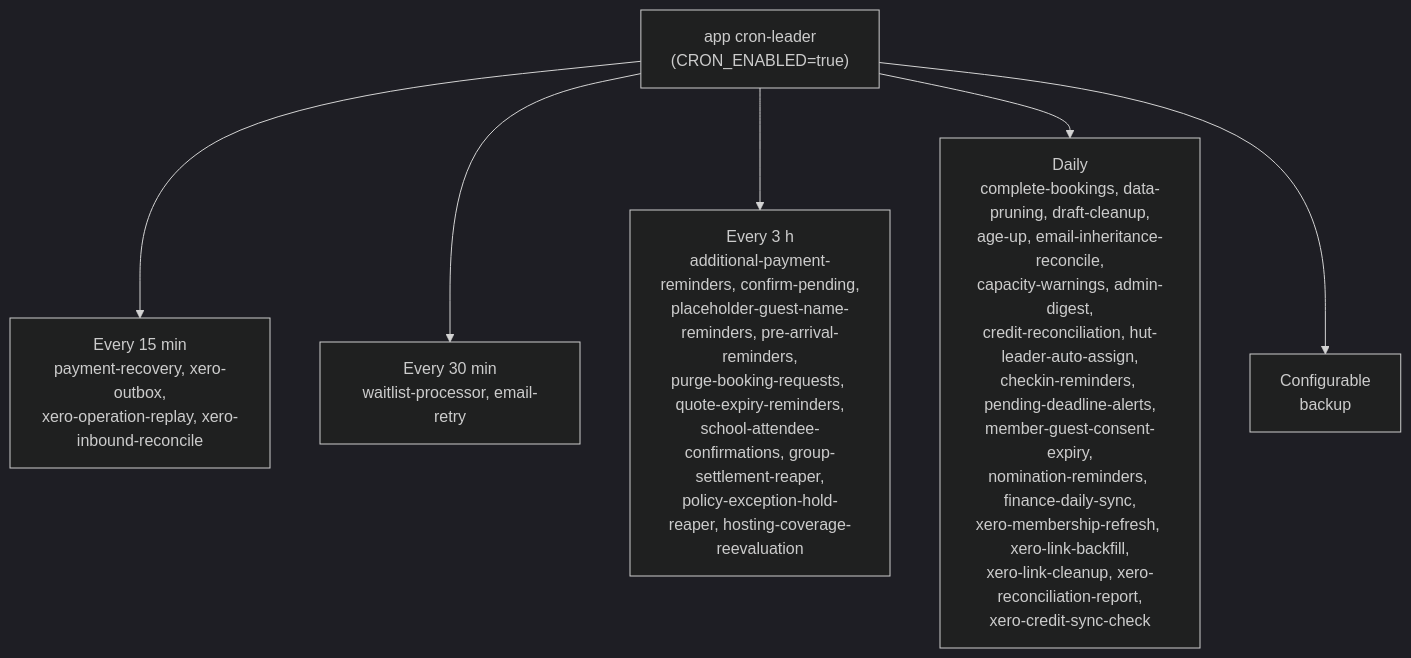
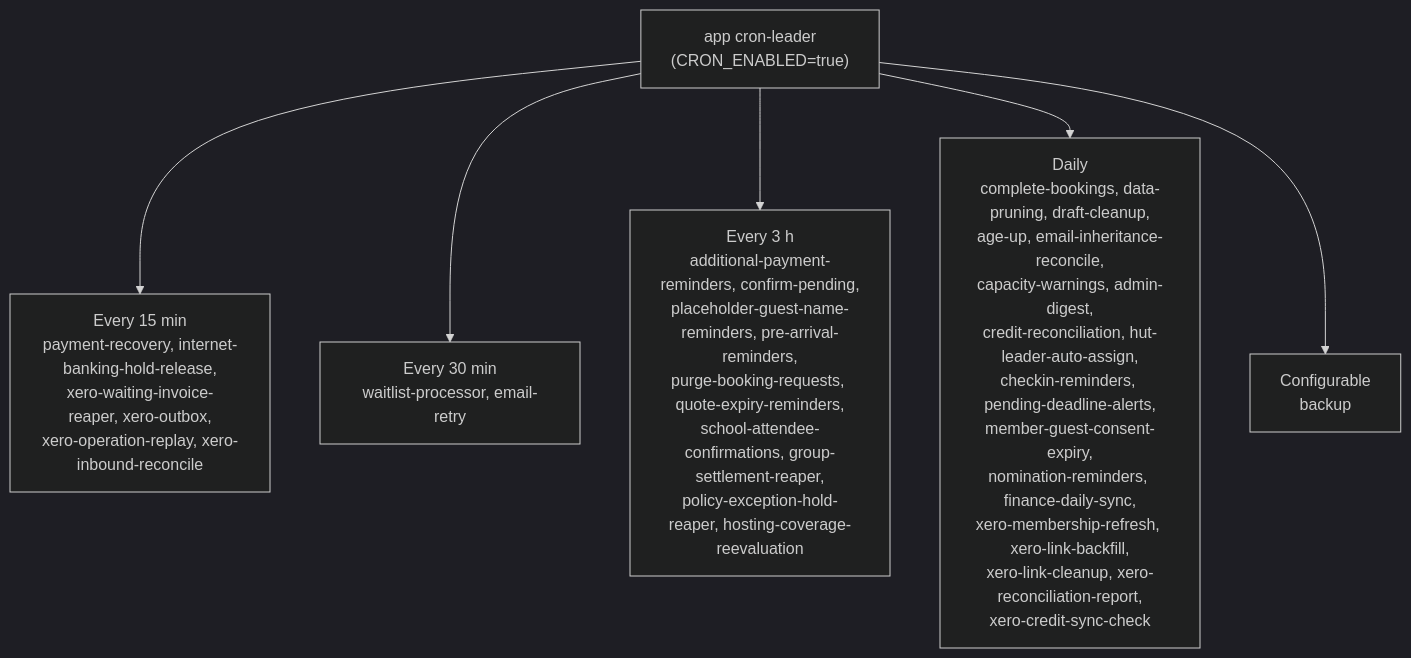
The fifth of 5 diagrams in docs/ARCHITECTURE.md (thatskiff33/AlpineClubBookingsNZ), drawn with Mermaid (dark theme) before and after one commit. The commit also changed other lines of this file and 2 other files, not shown here.

Commit message:
docs(#3663): describe the payments cycle the cron leader really runs

````diff
--- a/docs/ARCHITECTURE.md
+++ b/docs/ARCHITECTURE.md
@@ -3130,9 +3130,9 @@
 ```mermaid
 flowchart TD
     Leader["app cron-leader<br/>(CRON_ENABLED=true)"]
-    Leader --> Q15["Every 15 min<br/>payment-recovery, xero-outbox,<br/>xero-operation-replay, xero-inbound-reconcile"]
+    Leader --> Q15["Every 15 min<br/>payment-recovery, internet-banking-hold-release,<br/>xero-waiting-invoice-reaper, xero-outbox,<br/>xero-operation-replay, xero-inbound-reconcile"]
     Leader --> Q30["Every 30 min<br/>waitlist-processor, email-retry"]
     Leader --> Q3h["Every 3 h<br/>additional-payment-reminders, confirm-pending,<br/>placeholder-guest-name-reminders, pre-arrival-reminders,<br/>purge-booking-requests, quote-expiry-reminders,<br/>school-attendee-confirmations, group-settlement-reaper,<br/>policy-exception-hold-reaper, hosting-coverage-reevaluation"]
     Leader --> Daily["Daily<br/>complete-bookings, data-pruning, draft-cleanup,<br/>age-up, email-inheritance-reconcile,<br/>capacity-warnings, admin-digest,<br/>credit-reconciliation, hut-leader-auto-assign,<br/>checkin-reminders, pending-deadline-alerts,<br/>member-guest-consent-expiry,<br/>nomination-reminders, finance-daily-sync,<br/>xero-membership-refresh, xero-link-backfill,<br/>xero-link-cleanup, xero-reconciliation-report,<br/>xero-credit-sync-check"]
     Leader --> Cfg["Configurable<br/>backup"]
 ```
````
